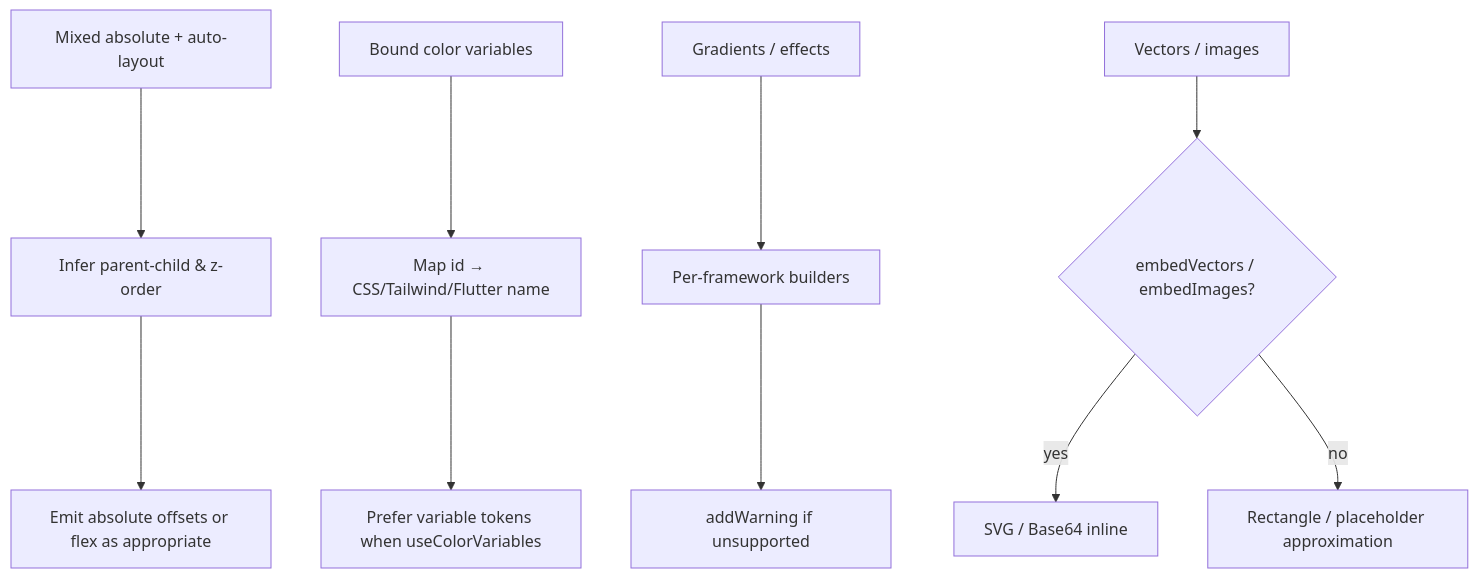
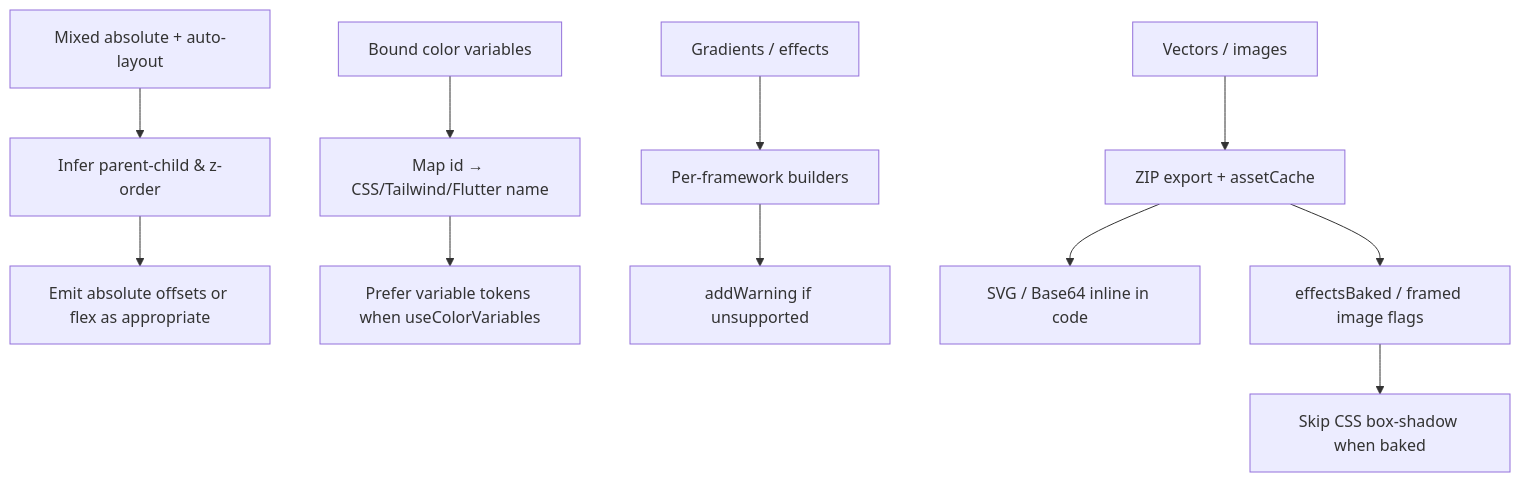
Before and after one commit to CodeByStella/FIGMA2CODE: the ninth of 9 diagrams in docs/logic.md, drawn with Mermaid. The commit also changed other lines of this file and 72 other files, not shown here.

First line of the commit message:
Add ZIP asset export and drop live HTML preview

````diff
--- a/docs/logic.md
+++ b/docs/logic.md
@@ -266,15 +277,16 @@
 ```mermaid
 flowchart TD
   Layout["Mixed absolute + auto-layout"] --> Decide["Infer parent-child & z-order"]
   Decide --> CodeLayout["Emit absolute offsets or flex as appropriate"]
 
   Vars["Bound color variables"] --> MapName["Map id → CSS/Tailwind/Flutter name"]
   MapName --> PreferVar["Prefer variable tokens when useColorVariables"]
 
   FX["Gradients / effects"] --> PerFW["Per-framework builders"]
   PerFW --> Warn["addWarning if unsupported"]
 
-  Vec["Vectors / images"] --> Opt{"embedVectors / embedImages?"}
-  Opt -->|yes| Inline["SVG / Base64 inline"]
-  Opt -->|no| Rect["Rectangle / placeholder approximation"]
+  Assets["Vectors / images"] --> ZipFirst["ZIP export + assetCache"]
+  ZipFirst --> Inline["SVG / Base64 inline in code"]
+  ZipFirst --> Flags["effectsBaked / framed image flags"]
+  Flags --> SkipDup["Skip CSS box-shadow when baked"]
 ```
````
